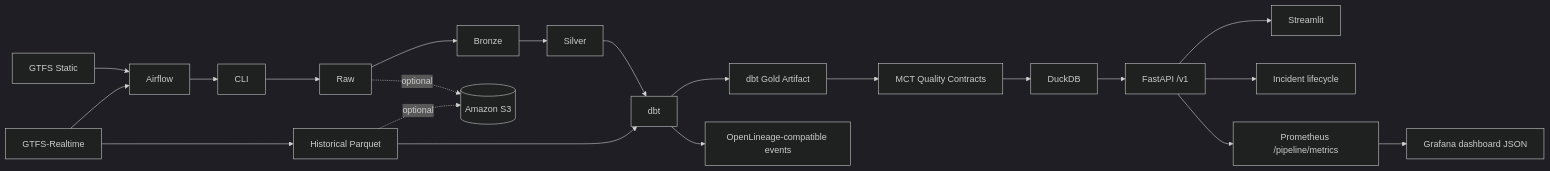
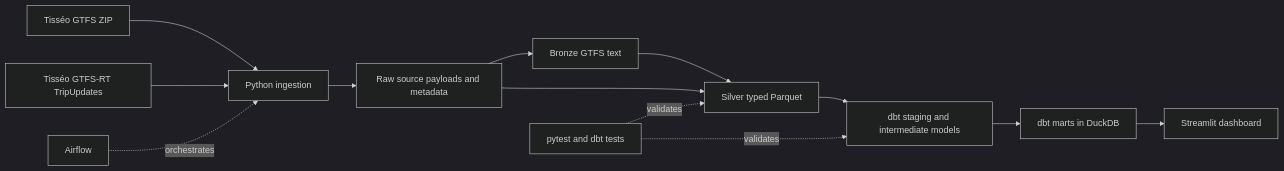
One commit to KYoussefAI/Mobility_Control_Tower changed the diagram in README.md. Above: the diagram before and after it, drawn with Mermaid (dark theme). The commit also changed other lines of this file and 395 other files, not shown here.

Commit message:
Refocus Mobility Control Tower architecture

````diff
--- a/README.md
+++ b/README.md
@@ -9,23 +13,15 @@
 ```mermaid
 flowchart LR
-    GTFS[GTFS Static] --> AF[Airflow]
-    GRT[GTFS-Realtime] --> AF
-    AF --> CLI[CLI]
-    CLI --> RAW[Raw]
-    RAW --> BRONZE[Bronze]
-    BRONZE --> SILVER[Silver]
-    SILVER --> DBT[dbt]
-    GRT --> PARQUET[Historical Parquet]
-    PARQUET --> DBT
-    DBT --> GOLD[dbt Gold Artifact]
-    GOLD --> QC[MCT Quality Contracts]
-    QC --> DUCK[DuckDB]
-    DUCK --> API[FastAPI /v1]
-    API --> DASH[Streamlit]
-    API --> INC[Incident lifecycle]
-    API --> PROM[Prometheus /pipeline/metrics]
-    PROM --> GRAF[Grafana dashboard JSON]
-    DBT --> LIN[OpenLineage-compatible events]
-    RAW -. optional .-> S3[(Amazon S3)]
-    PARQUET -. optional .-> S3
+    A[Tisséo GTFS ZIP] --> B[Python ingestion]
+    R[Tisséo GTFS-RT TripUpdates] --> B
+    B --> C[Raw source payloads and metadata]
+    C --> D[Bronze GTFS text]
+    D --> E[Silver typed Parquet]
+    C --> E
+    E --> F[dbt staging and intermediate models]
+    F --> G[dbt marts in DuckDB]
+    G --> H[Streamlit dashboard]
+    I[Airflow] -. orchestrates .-> B
+    J[pytest and dbt tests] -. validates .-> E
+    J -. validates .-> F
 ```
````
